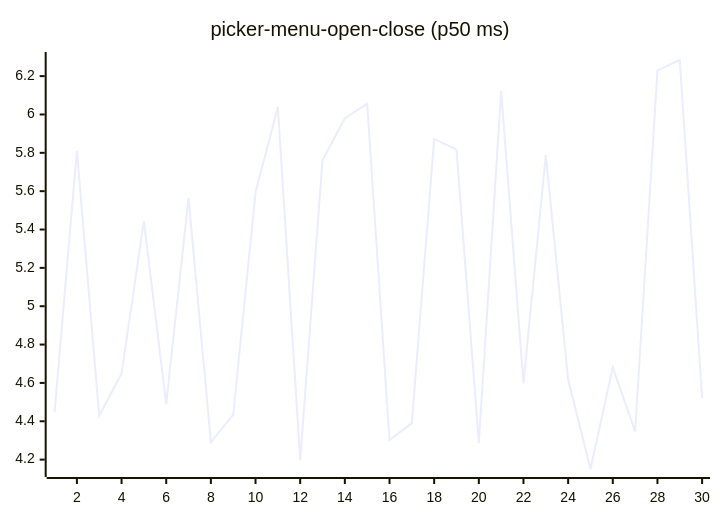
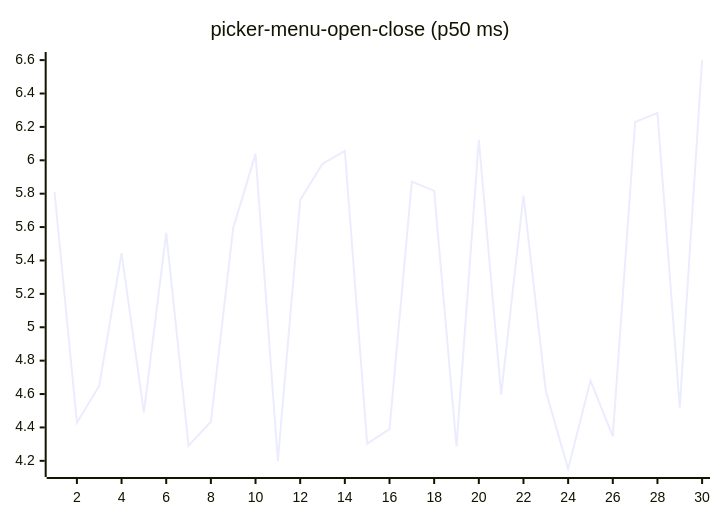
Before and after one commit to josha/Facet: diagram 16 of 27 in README.md, drawn with Mermaid. The commit also changed other lines of this file and 2 other files, not shown here.

````diff
--- a/README.md
+++ b/README.md
@@ -168,6 +168,6 @@
 ```mermaid
 xychart-beta
     title "picker-menu-open-close (p50 ms)"
     x-axis 1 --> 30
-    line [4.4466, 5.8101, 4.4287, 4.6495, 5.4442, 4.4899, 5.5654, 4.2905, 4.4342, 5.5941, 6.0384, 4.1981, 5.7619, 5.9791, 6.0560, 4.3027, 4.3902, 5.8724, 5.8169, 4.2859, 6.1231, 4.5970, 5.7880, 4.6174, 4.1511, 4.6804, 4.3471, 6.2296, 6.2841, 4.5186]
+    line [5.8101, 4.4287, 4.6495, 5.4442, 4.4899, 5.5654, 4.2905, 4.4342, 5.5941, 6.0384, 4.1981, 5.7619, 5.9791, 6.0560, 4.3027, 4.3902, 5.8724, 5.8169, 4.2859, 6.1231, 4.5970, 5.7880, 4.6174, 4.1511, 4.6804, 4.3471, 6.2296, 6.2841, 4.5186, 6.6007]
 ```
````
